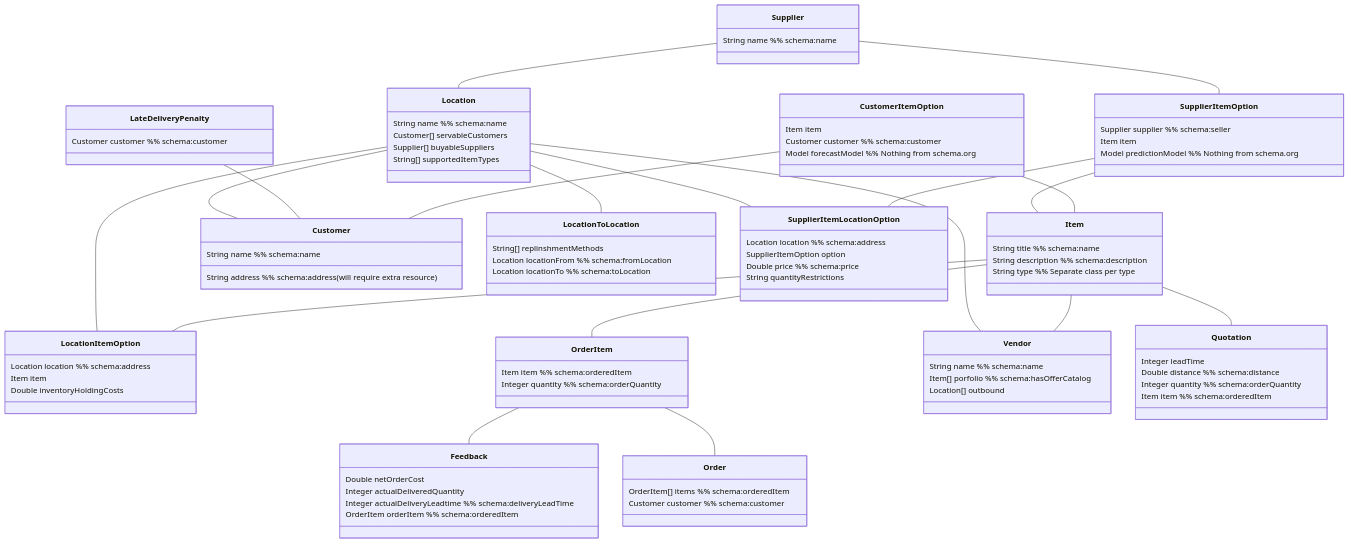
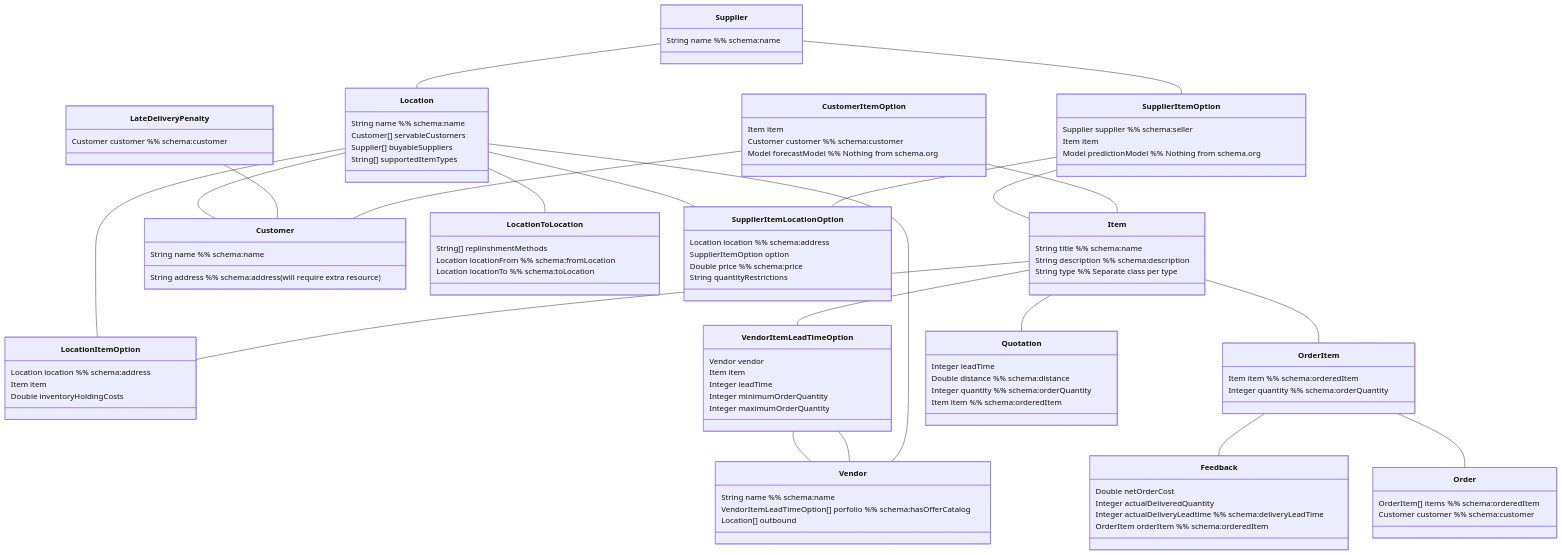
The diagram in diagram.md (KNowledgeOnWebScale/supply-chain-data-model), drawn with Mermaid before and after one commit. The commit also changed 2 other files, not shown here.

Commit message:
update based on clarifications from requirements

```diff
--- a/diagram.md
+++ b/diagram.md
@@ -102,12 +102,23 @@
   %% frapo:Vendor
   class Vendor {
     String name %% schema:name
-    Item[] porfolio %% schema:hasOfferCatalog
+    VendorItemLeadTimeOption[] porfolio %% schema:hasOfferCatalog
     Location[] outbound
   }
-
-  Vendor -- Item
+  
   Vendor -- Location
+  Vendor -- VendorItemLeadTimeOption
+  
+  class VendorItemLeadTimeOption {
+    Vendor vendor
+    Item item
+    Integer leadTime
+    Integer minimumOrderQuantity
+    Integer maximumOrderQuantity
+  }
+  
+  VendorItemLeadTimeOption -- Vendor
+  VendorItemLeadTimeOption -- Item
 
   %% frapo:Quotation
   class Quotation {
```
